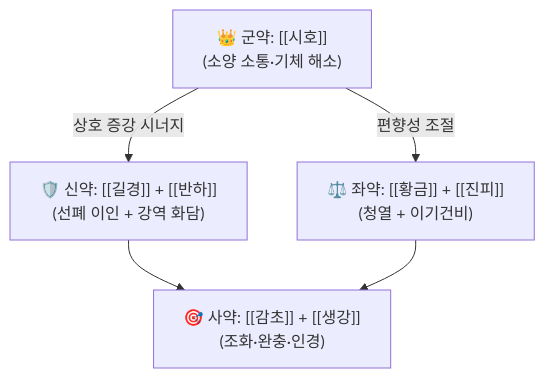
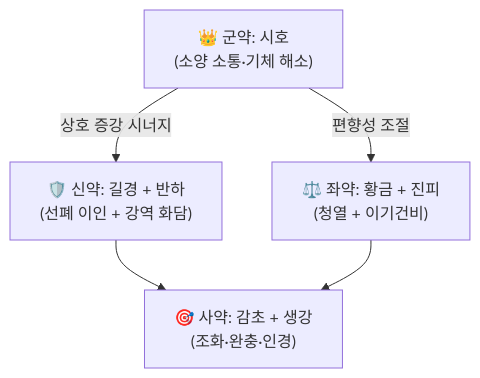
Before and after one commit to simbio11/simbio-digital-garden2: the diagram in content/2. 약리 공부/처방/03_화담·거습·이수제/시경반하탕.md, drawn with Mermaid. The commit also changed other lines of this file and 323 other files, not shown here.

````diff
--- a/content/2. 약리 공부/처방/03_화담·거습·이수제/시경반하탕.md
+++ b/content/2. 약리 공부/처방/03_화담·거습·이수제/시경반하탕.md
@@ -66,7 +66,7 @@
 ```mermaid
 graph TD
-    Gun["👑 군약: [[시호]]<br>(소양 소통·기체 해소)"] -->|상호 증강 시너지| Sin["🛡️ 신약: [[길경]] + [[반하]]<br>(선폐 이인 + 강역 화담)"]
-    Gun -->|편향성 조절| Jwa["⚖️ 좌약: [[황금]] + [[진피]]<br>(청열 + 이기건비)"]
-    Sin --> Sa["🎯 사약: [[감초]] + [[생강]]<br>(조화·완충·인경)"]
+    Gun["👑 군약: 시호<br>(소양 소통·기체 해소)"] -->|상호 증강 시너지| Sin["🛡️ 신약: 길경 + 반하<br>(선폐 이인 + 강역 화담)"]
+    Gun -->|편향성 조절| Jwa["⚖️ 좌약: 황금 + 진피<br>(청열 + 이기건비)"]
+    Sin --> Sa["🎯 사약: 감초 + 생강<br>(조화·완충·인경)"]
     Jwa --> Sa
 ```
````
